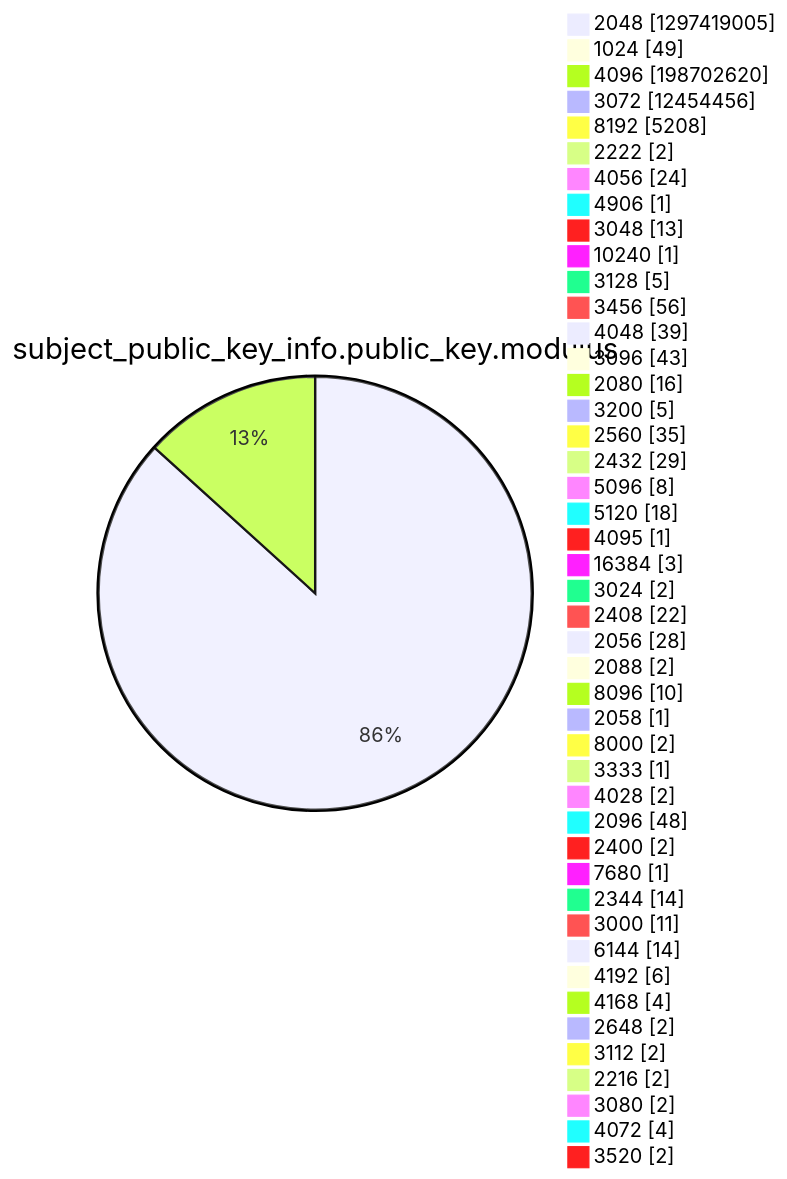
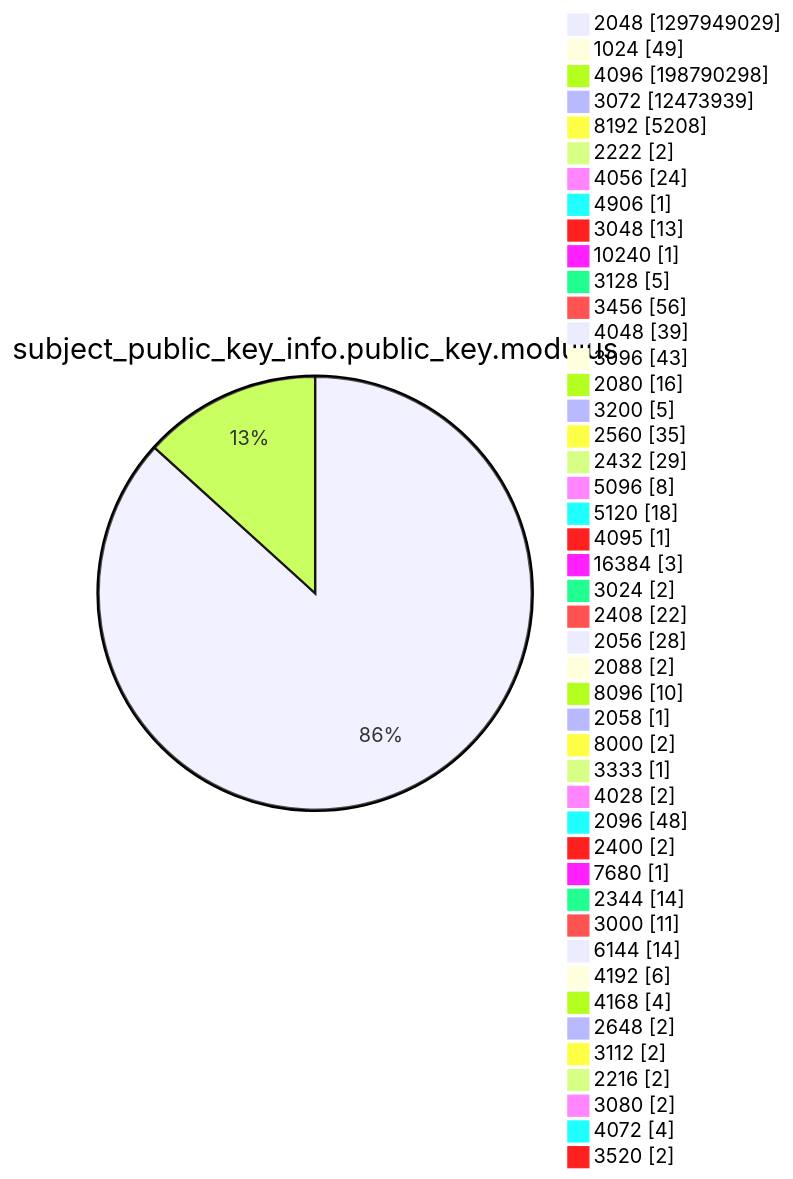
Diagram 13 of 15 in xenon2022/README.md (christiankrug/ctmonitor_visualization), drawn with Mermaid before and after one commit. The commit also changed other lines of this file, not shown here.

````diff
--- a/xenon2022/README.md
+++ b/xenon2022/README.md
@@ -3921,49 +3921,49 @@
 ```mermaid
 pie showData
 title subject_public_key_info.public_key.modulus
-"2048" :1297419005
+"2048" :1297949029
 "1024" :49
-"4096" :198702620
-"3072" :12454456
+"4096" :198790298
+"3072" :12473939
 "8192" :5208
 "2222" :2
 "4056" :24
 "4906" :1
 "3048" :13
 "10240" :1
 "3128" :5
 "3456" :56
 "4048" :39
 "3096" :43
 "2080" :16
 "3200" :5
 "2560" :35
 "2432" :29
 "5096" :8
 "5120" :18
 "4095" :1
 "16384" :3
 "3024" :2
 "2408" :22
 "2056" :28
 "2088" :2
 "8096" :10
 "2058" :1
 "8000" :2
 "3333" :1
 "4028" :2
 "2096" :48
 "2400" :2
 "7680" :1
 "2344" :14
 "3000" :11
 "6144" :14
 "4192" :6
 "4168" :4
 "2648" :2
 "3112" :2
 "2216" :2
 "3080" :2
 "4072" :4
 "3520" :2
 ```
````
